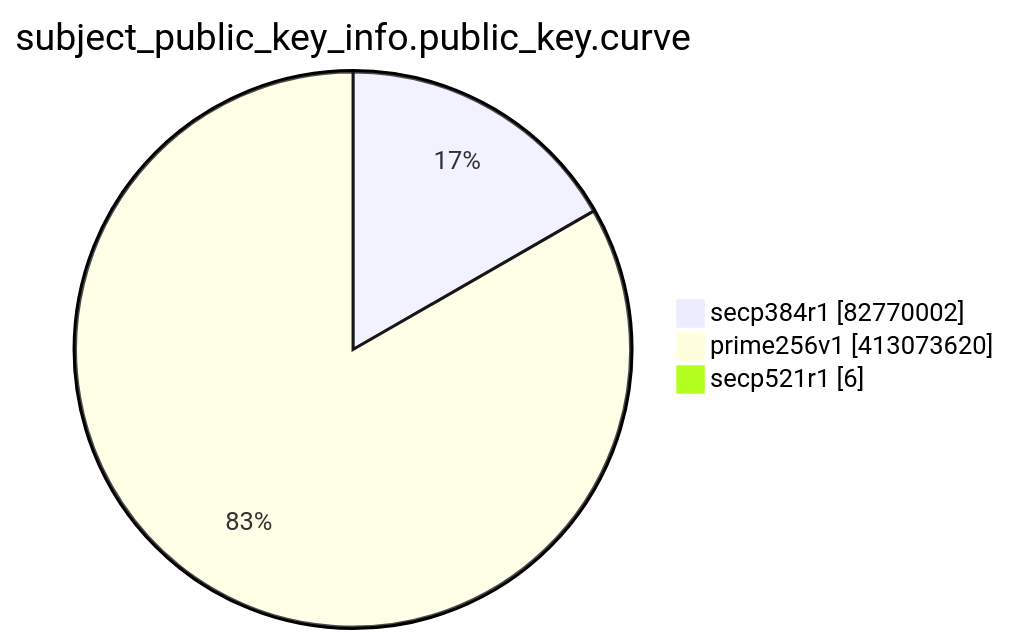
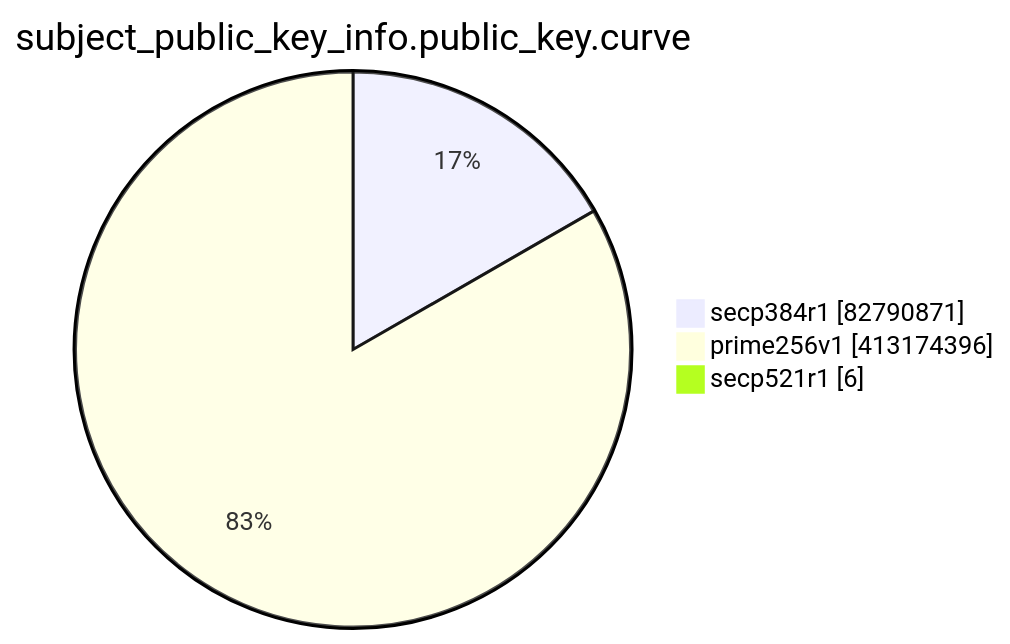
One commit to christiankrug/ctmonitor_visualization changed the eighth of 15 diagrams in TOTAL/README.md. Above: the diagram before and after it, drawn with Mermaid. The commit also changed other lines of this file, not shown here.

````diff
--- a/TOTAL/README.md
+++ b/TOTAL/README.md
@@ -3098,7 +3098,7 @@
 ```mermaid
 pie showData
 title subject_public_key_info.public_key.curve
-"secp384r1" :82770002
-"prime256v1" :413073620
+"secp384r1" :82790871
+"prime256v1" :413174396
 "secp521r1" :6
 ```
````
